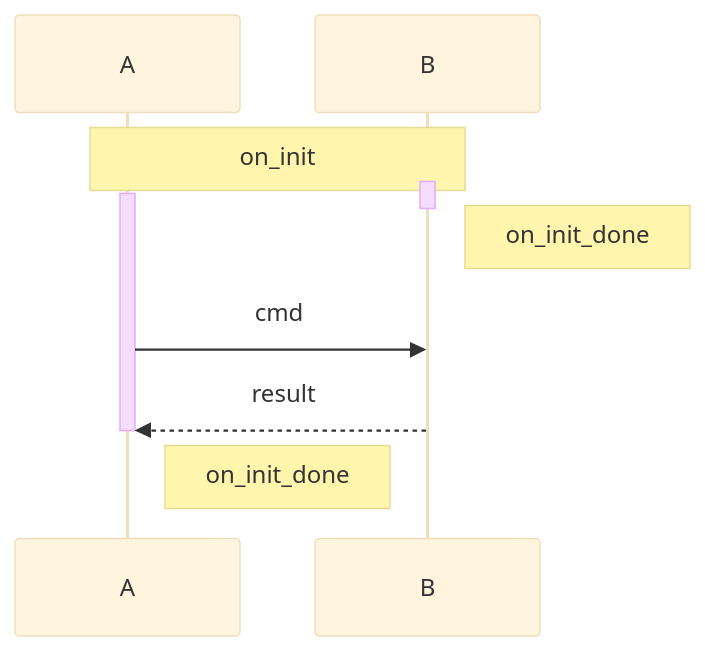
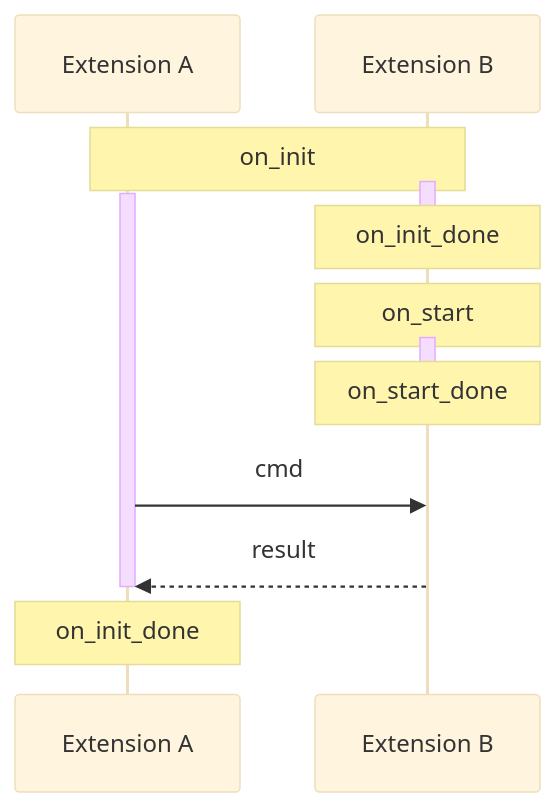
One commit to TEN-framework/ten_framework changed the second of 2 diagrams in docs/ten_framework/ten_packages/extension.md. Above: the diagram before and after it, drawn with Mermaid (base theme). The commit also changed other lines of this file, not shown here.

````diff
--- a/docs/ten_framework/ten_packages/extension.md
+++ b/docs/ten_framework/ten_packages/extension.md
@@ -79,17 +79,22 @@
 ```mermaid
 sequenceDiagram
-   participant A
-   participant B
+  participant A as Extension A
+  participant B as Extension B
 
-   Note over A,B: on_init
-   activate A
-   activate B
-   deactivate B
-   Note right of B: on_init_done
+  Note over A,B: on_init
+  activate A
+  activate B
+  deactivate B
+  Note over B: on_init_done
 
-   A->>B: cmd
-   B-->>A: result
+  Note over B: on_start
+  activate B
+  deactivate B
+  Note over B: on_start_done
 
-   deactivate A
-   Note right of A: on_init_done
+  A->>B: cmd
+  B-->>A: result
+
+  deactivate A
+  Note over A: on_init_done
 ```
````
